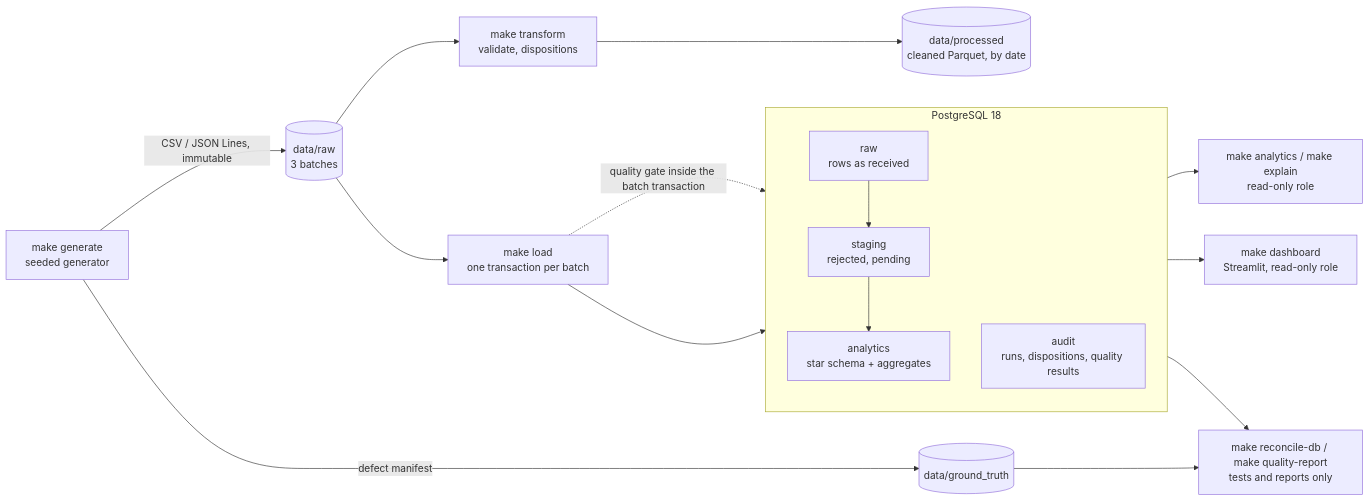
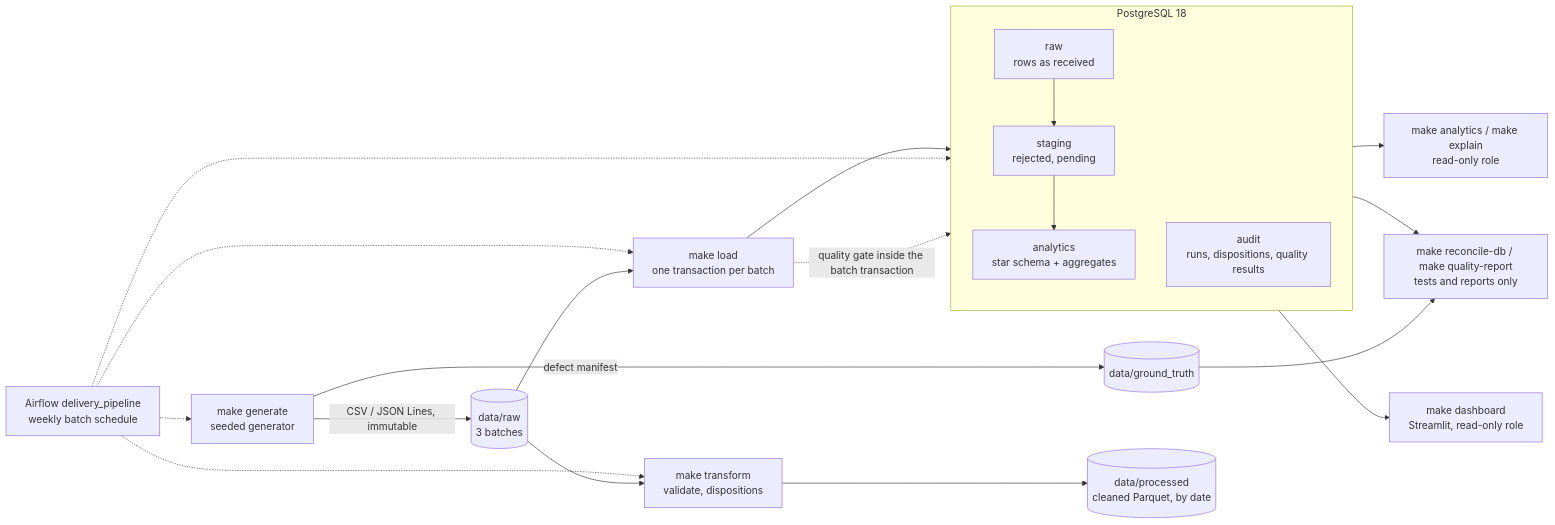
Before and after one commit to Aashritha-2005/DeliveryPulse-Last-Mile-Logistics-Data-Platform: the diagram in README.md, drawn with Mermaid. The commit also changed other lines of this file and 21 other files, not shown here.

Commit message:
Add Airflow orchestration: delivery_pipeline DAG in a separate Compose file, DAG parse check in CI

````diff
--- a/README.md
+++ b/README.md
@@ -22,20 +22,24 @@
 ```mermaid
 flowchart LR
     G["make generate<br/>seeded generator"] -->|CSV / JSON Lines, immutable| RAW[("data/raw<br/>3 batches")]
     G -->|defect manifest| GT[("data/ground_truth")]
     RAW --> T["make transform<br/>validate, dispositions"]
     T --> PQ[("data/processed<br/>cleaned Parquet, by date")]
     RAW --> L["make load<br/>one transaction per batch"]
     subgraph PG["PostgreSQL 18"]
         direction TB
         R["raw<br/>rows as received"] --> S["staging<br/>rejected, pending"]
         S --> A["analytics<br/>star schema + aggregates"]
         Q["audit<br/>runs, dispositions, quality results"]
     end
     L --> PG
     L -.->|quality gate inside the batch transaction| Q
     A --> AN["make analytics / make explain<br/>read-only role"]
     A --> DB["make dashboard<br/>Streamlit, read-only role"]
     GT --> REC["make reconcile-db / make quality-report<br/>tests and reports only"]
     Q --> REC
+    AF["Airflow delivery_pipeline<br/>weekly batch schedule"] -.-> G
+    AF -.-> T
+    AF -.-> L
+    AF -.-> Q
 ```
````
